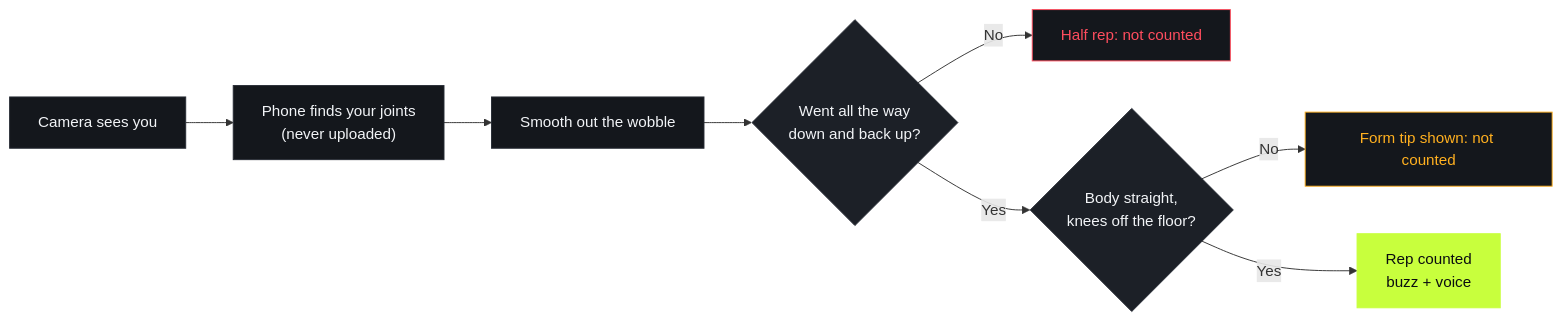
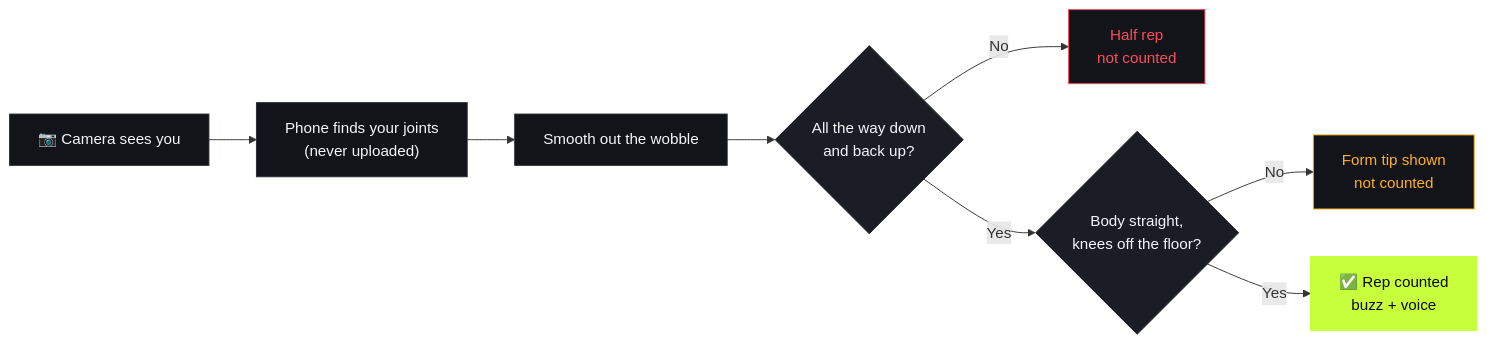
One commit to F0rger123/weightrank changed the first of 2 diagrams in README.md. Above: the diagram before and after it, drawn with Mermaid. The commit also changed other lines of this file and 48 other files, not shown here.

````diff
--- a/README.md
+++ b/README.md
@@ -40,18 +43,20 @@
 ```mermaid
 flowchart LR
-  A["Camera sees you"] --> B["Phone finds your joints<br/>(never uploaded)"]
+  A["📷 Camera sees you"] --> B["Phone finds your joints<br/>(never uploaded)"]
   B --> C["Smooth out the wobble"]
-  C --> D{"Went all the way<br/>down and back up?"}
-  D -- "No" --> E["Half rep: not counted"]
+  C --> D{"All the way down<br/>and back up?"}
+  D -- "No" --> E["Half rep<br/>not counted"]
   D -- "Yes" --> F{"Body straight,<br/>knees off the floor?"}
-  F -- "No" --> G["Form tip shown: not counted"]
-  F -- "Yes" --> H["Rep counted<br/>buzz + voice"]
-  style H fill:#C8FF3D,color:#0B0D10,stroke:#C8FF3D
-  style E fill:#14171C,color:#FF4D5E,stroke:#FF4D5E
-  style G fill:#14171C,color:#FFB020,stroke:#FFB020
-  style A fill:#14171C,color:#F2F4F7,stroke:#272C35
-  style B fill:#14171C,color:#F2F4F7,stroke:#272C35
-  style C fill:#14171C,color:#F2F4F7,stroke:#272C35
-  style D fill:#1C2027,color:#F2F4F7,stroke:#272C35
-  style F fill:#1C2027,color:#F2F4F7,stroke:#272C35
+  F -- "No" --> G["Form tip shown<br/>not counted"]
+  F -- "Yes" --> H["✅ Rep counted<br/>buzz + voice"]
+  classDef base fill:#121419,color:#F4F6F8,stroke:#252A33
+  classDef ask fill:#1A1D24,color:#F4F6F8,stroke:#252A33
+  classDef good fill:#C8FF3D,color:#07080A,stroke:#C8FF3D
+  classDef bad fill:#121419,color:#FF4D5E,stroke:#FF4D5E
+  classDef warn fill:#121419,color:#FFB020,stroke:#FFB020
+  class A,B,C base
+  class D,F ask
+  class H good
+  class E bad
+  class G warn
 ```
````
